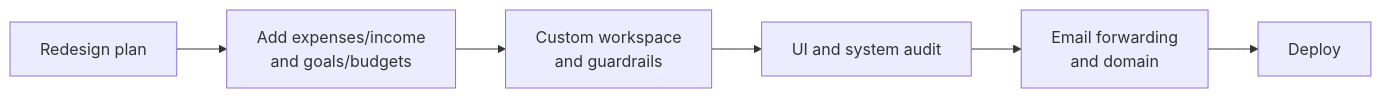
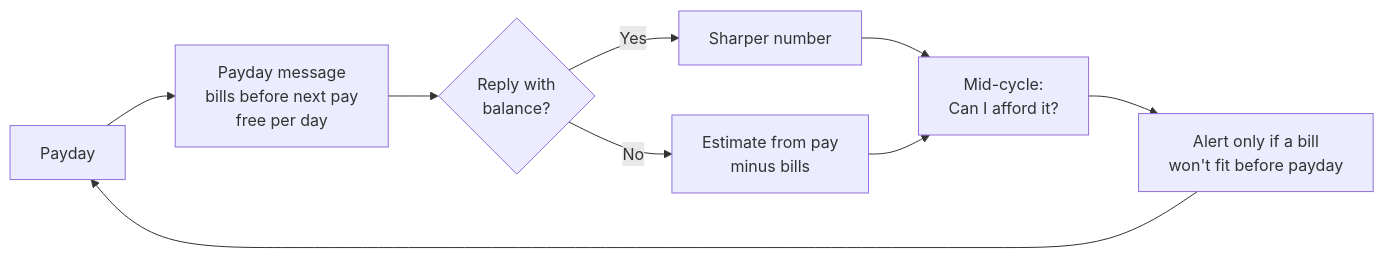
Before and after one commit to thenuwij/Subtrack: the diagram in docs/product-design.md, drawn with Mermaid. The commit also changed other lines of this file and 4 other files, not shown here.

Commit message:
Reframe Subtrack as a payday copilot with a new design and build plan

````diff
--- a/docs/product-design.md
+++ b/docs/product-design.md
@@ -53,8 +20,11 @@
 ```mermaid
 flowchart LR
-    A[Redesign plan] --> B[Add expenses/income<br/>and goals/budgets]
-    B --> C[Custom workspace<br/>and guardrails]
-    C --> D[UI and system audit]
-    D --> E[Email forwarding<br/>and domain]
-    E --> F[Deploy]
+    A[Payday] --> B[Payday message<br/>bills before next pay<br/>free per day]
+    B --> C{Reply with<br/>balance?}
+    C -- Yes --> D[Sharper number]
+    C -- No --> E[Estimate from pay<br/>minus bills]
+    D --> F[Mid-cycle:<br/>Can I afford it?]
+    E --> F
+    F --> G[Alert only if a bill<br/>won't fit before payday]
+    G --> A
 ```
````
